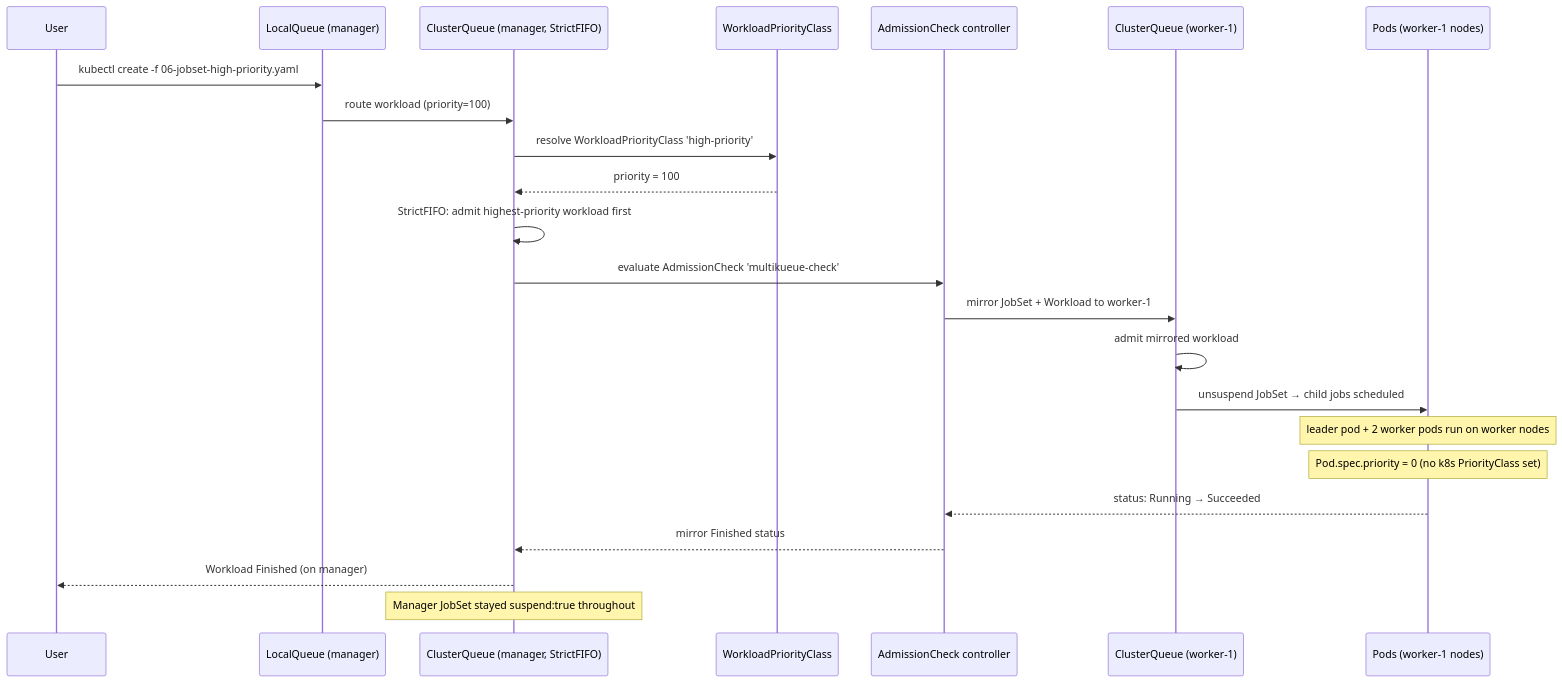
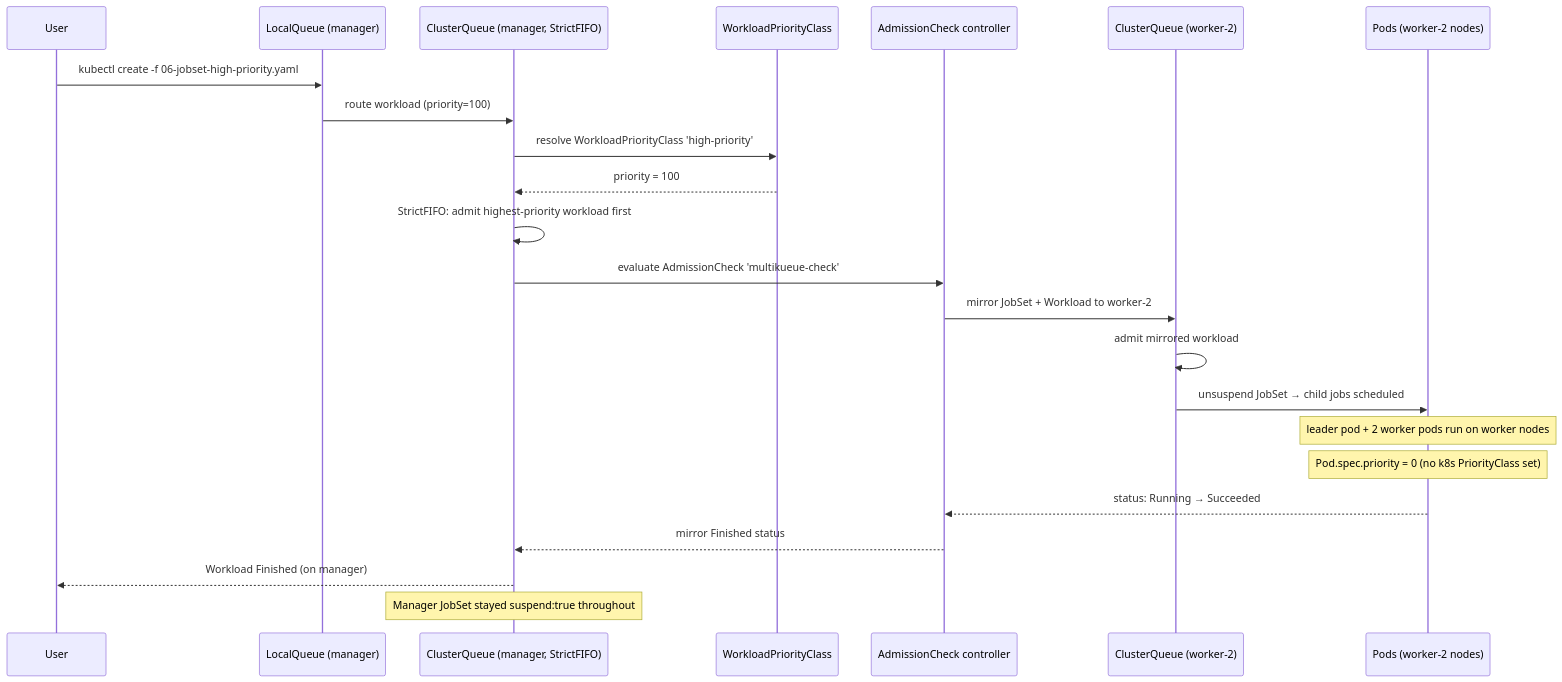
The second of 2 diagrams in kueue/06-multikueue-jobset-priority/README.md (patilchinmay/k8s-experiments), drawn with Mermaid before and after one commit. The commit also changed other lines of this file, not shown here.

````diff
--- a/kueue/06-multikueue-jobset-priority/README.md
+++ b/kueue/06-multikueue-jobset-priority/README.md
@@ -654,26 +667,26 @@
 ```mermaid
 sequenceDiagram
     participant User
     participant ManagerLQ as LocalQueue (manager)
     participant ManagerCQ as ClusterQueue (manager, StrictFIFO)
     participant WPC as WorkloadPriorityClass
     participant AC as AdmissionCheck controller
-    participant WorkerCQ as ClusterQueue (worker-1)
-    participant WorkerPod as Pods (worker-1 nodes)
+    participant WorkerCQ as ClusterQueue (worker-2)
+    participant WorkerPod as Pods (worker-2 nodes)
 
     User->>ManagerLQ: kubectl create -f 06-jobset-high-priority.yaml
     ManagerLQ->>ManagerCQ: route workload (priority=100)
     ManagerCQ->>WPC: resolve WorkloadPriorityClass 'high-priority'
     WPC-->>ManagerCQ: priority = 100
     ManagerCQ->>ManagerCQ: StrictFIFO: admit highest-priority workload first
     ManagerCQ->>AC: evaluate AdmissionCheck 'multikueue-check'
-    AC->>WorkerCQ: mirror JobSet + Workload to worker-1
+    AC->>WorkerCQ: mirror JobSet + Workload to worker-2
     WorkerCQ->>WorkerCQ: admit mirrored workload
     WorkerCQ->>WorkerPod: unsuspend JobSet → child jobs scheduled
     Note over WorkerPod: leader pod + 2 worker pods run on worker nodes
     Note over WorkerPod: Pod.spec.priority = 0 (no k8s PriorityClass set)
     WorkerPod-->>AC: status: Running → Succeeded
     AC-->>ManagerCQ: mirror Finished status
     ManagerCQ-->>User: Workload Finished (on manager)
     Note over ManagerCQ: Manager JobSet stayed suspend:true throughout
 ```
````
